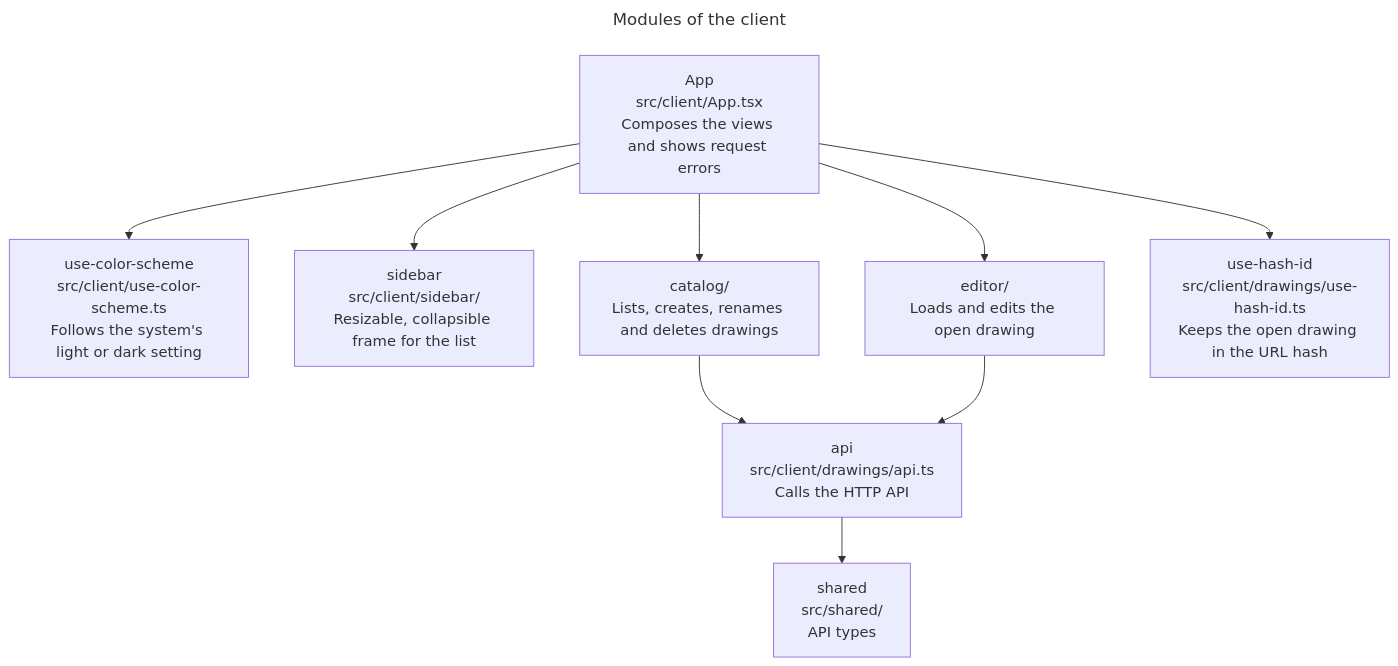
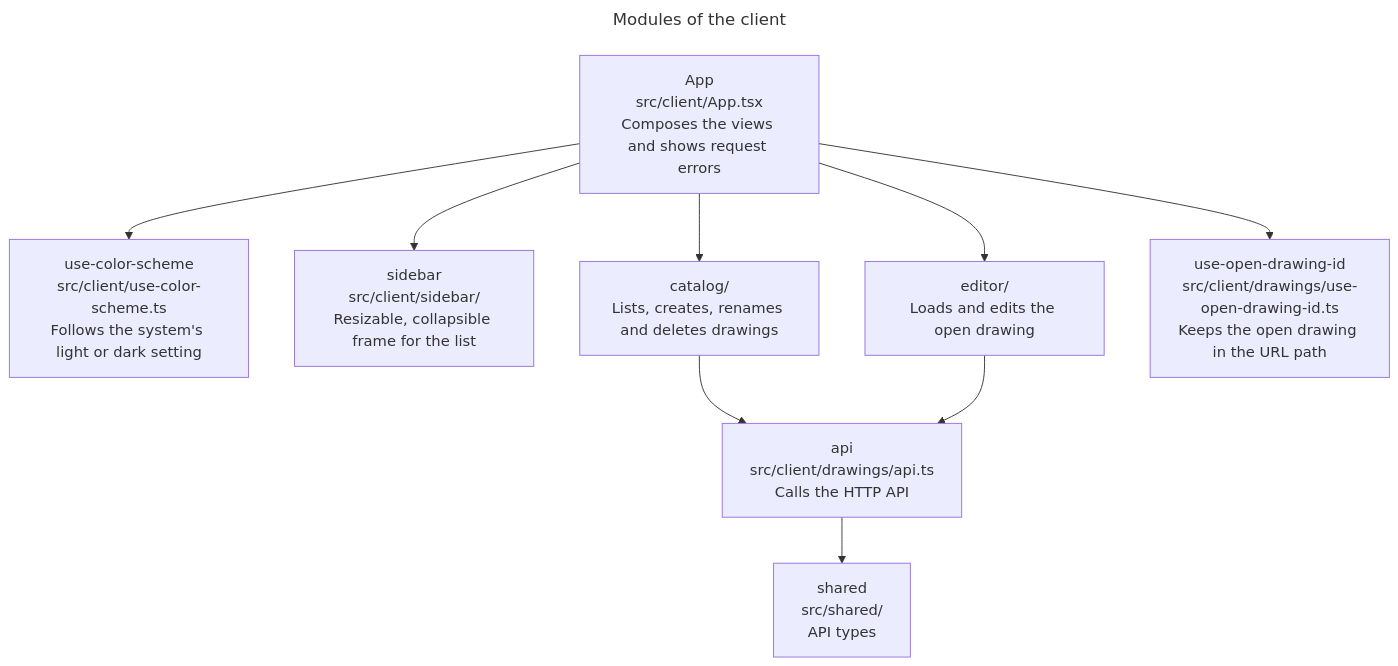
The fifth of 10 diagrams in docs/architecture/architecture.md (remshams/excalidraw-dashboard), drawn with Mermaid before and after one commit. The commit also changed other lines of this file and 1 other file, not shown here.

Commit message:
docs(Architecture): describe drawing URLs and the API's 404

````diff
--- a/docs/architecture/architecture.md
+++ b/docs/architecture/architecture.md
@@ -111,18 +112,18 @@
 ```mermaid
 ---
 title: Modules of the client
 ---
 flowchart TD
     app["App<br>src/client/App.tsx<br>Composes the views and shows request errors"]:::module
     scheme["use-color-scheme<br>src/client/use-color-scheme.ts<br>Follows the system's light or dark setting"]:::module
     sidebar["sidebar<br>src/client/sidebar/<br>Resizable, collapsible frame for the list"]:::module
     catalog["catalog/<br>Lists, creates, renames and deletes drawings"]:::group
     editor["editor/<br>Loads and edits the open drawing"]:::group
-    hash["use-hash-id<br>src/client/drawings/use-hash-id.ts<br>Keeps the open drawing in the URL hash"]:::module
+    openId["use-open-drawing-id<br>src/client/drawings/use-open-drawing-id.ts<br>Keeps the open drawing in the URL path"]:::module
     api["api<br>src/client/drawings/api.ts<br>Calls the HTTP API"]:::module
     shared["shared<br>src/shared/<br>API types"]:::module
-    app --> scheme & sidebar & catalog & editor & hash
+    app --> scheme & sidebar & catalog & editor & openId
     catalog --> api
     editor --> api
     api --> shared
 ```
````
